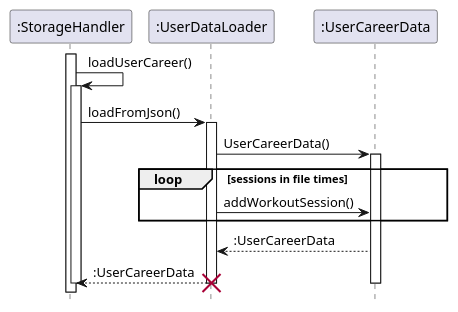
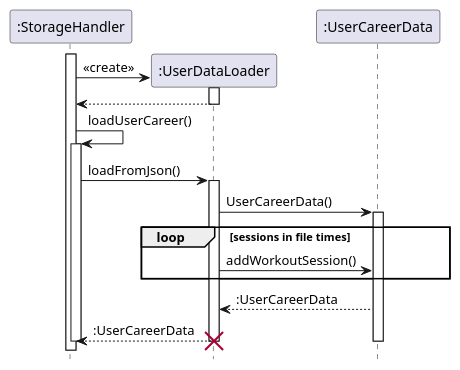
The diagram in docs/UML/LoadingUserCareerData.puml (nus-cs2113-AY2223S2/tp), drawn with PlantUML before and after one commit. The commit also changed 4 other files, not shown here.

Commit message:
Improve class diagram

```diff
--- a/docs/UML/LoadingUserCareerData.puml
+++ b/docs/UML/LoadingUserCareerData.puml
@@ -1,20 +1,27 @@
 @startuml
 hide footbox
 activate ":StorageHandler"
+create ":UserDataLoader"
+
+":StorageHandler" -> ":UserDataLoader" : <<create>>
+activate ":UserDataLoader"
+":UserDataLoader" --> ":StorageHandler"
+deactivate ":UserDataLoader"
+
     ":StorageHandler" -> ":StorageHandler" : loadUserCareer()
     activate ":StorageHandler"
     ":StorageHandler" -> ":UserDataLoader": loadFromJson()
     activate ":UserDataLoader"
         ":UserDataLoader"-> ":UserCareerData": UserCareerData()
         activate ":UserCareerData"
             loop sessions in file times
                 ":UserDataLoader" -> ":UserCareerData" : addWorkoutSession()
             end
             ":UserCareerData" --> ":UserDataLoader" : :UserCareerData
         ":UserDataLoader" --> ":StorageHandler" : :UserCareerData
     deactivate ":UserDataLoader"
     destroy ":UserDataLoader"
     deactivate ":UserCareerData"
     deactivate ":StorageHandler"
 
 @enduml
```
